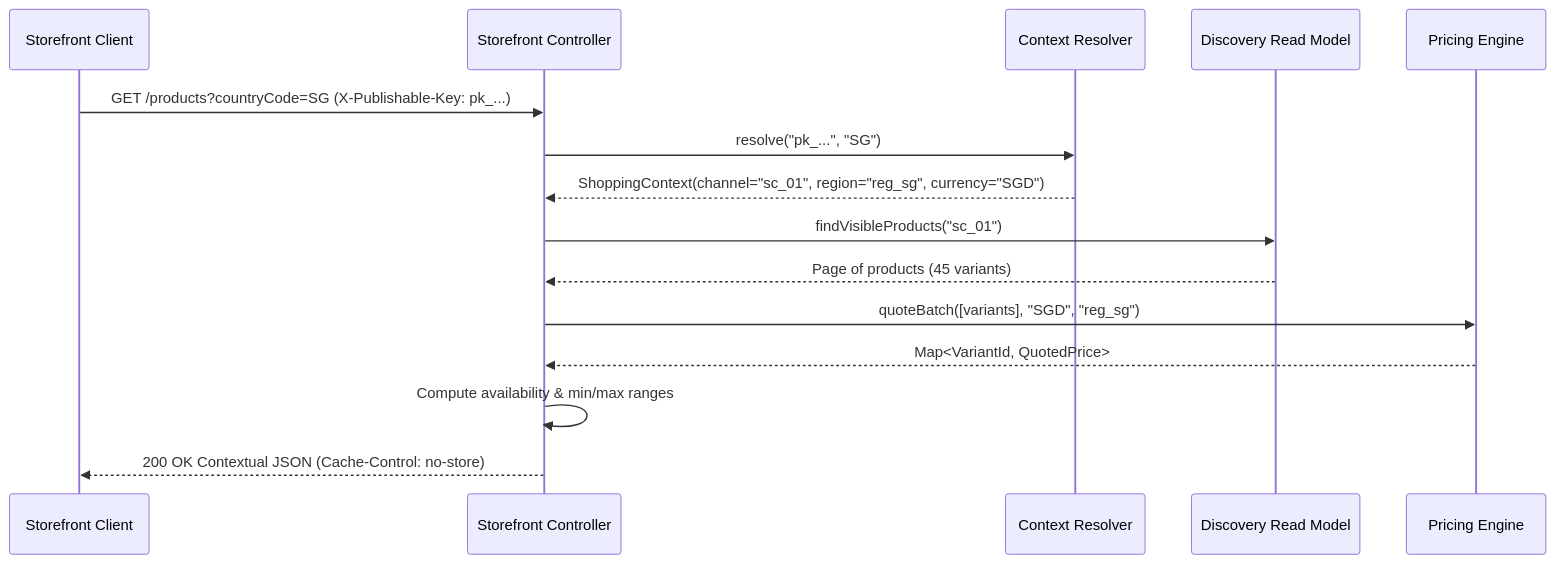
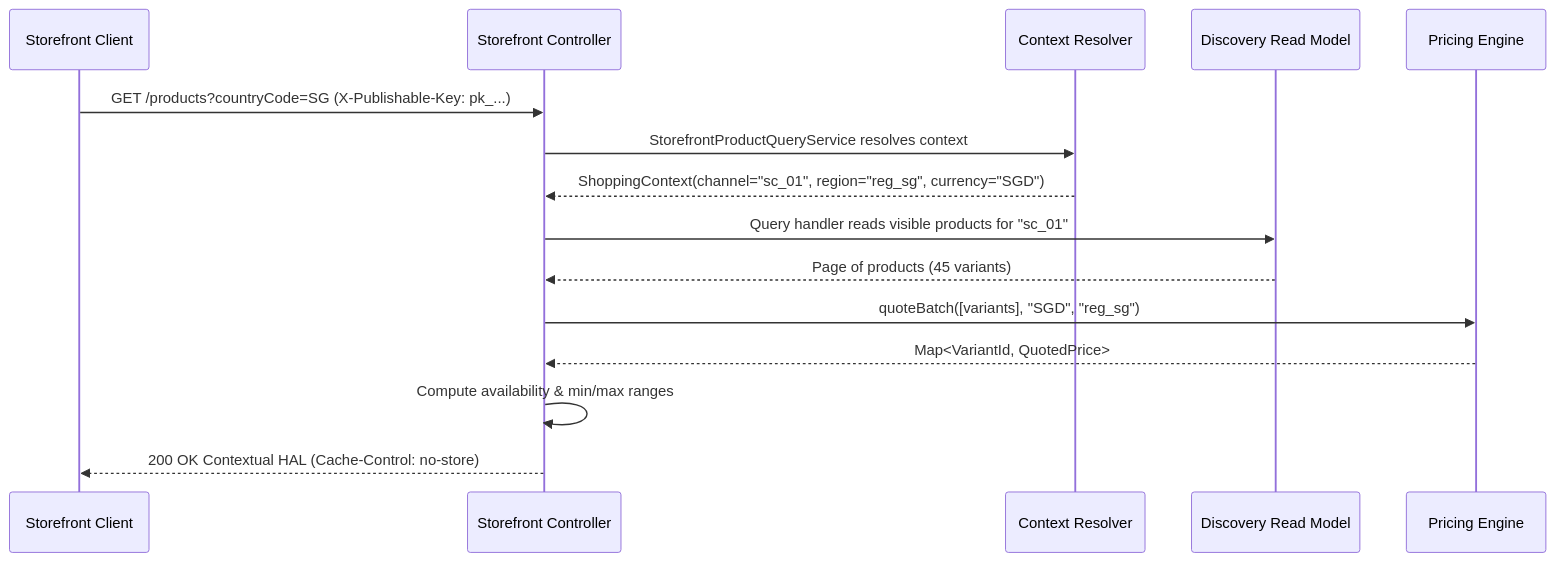
The fourth of 4 diagrams in docs/spec/system/storefront-contextual-cutover-tech-spec.md (khinemyaezin/grab), drawn with Mermaid before and after one commit. The commit also changed other lines of this file and 33 other files, not shown here.

Commit message:
feat: refactor storefront query API to use ShoppingContext and support contextual offers

````diff
--- a/docs/spec/system/storefront-contextual-cutover-tech-spec.md
+++ b/docs/spec/system/storefront-contextual-cutover-tech-spec.md
@@ -100,18 +104,18 @@
 ```mermaid
 sequenceDiagram
     participant Client as Storefront Client
     participant Controller as Storefront Controller
     participant Context as Context Resolver
     participant Tier1 as Discovery Read Model
     participant Tier2 as Pricing Engine
 
     Client->>Controller: GET /products?countryCode=SG (X-Publishable-Key: pk_...)
-    Controller->>Context: resolve("pk_...", "SG")
+    Controller->>Context: StorefrontProductQueryService resolves context
     Context-->>Controller: ShoppingContext(channel="sc_01", region="reg_sg", currency="SGD")
-    Controller->>Tier1: findVisibleProducts("sc_01")
+    Controller->>Tier1: Query handler reads visible products for "sc_01"
     Tier1-->>Controller: Page of products (45 variants)
     Controller->>Tier2: quoteBatch([variants], "SGD", "reg_sg")
     Tier2-->>Controller: Map<VariantId, QuotedPrice>
     Controller->>Controller: Compute availability & min/max ranges
-    Controller-->>Client: 200 OK Contextual JSON (Cache-Control: no-store)
+    Controller-->>Client: 200 OK Contextual HAL (Cache-Control: no-store)
 ```
````
